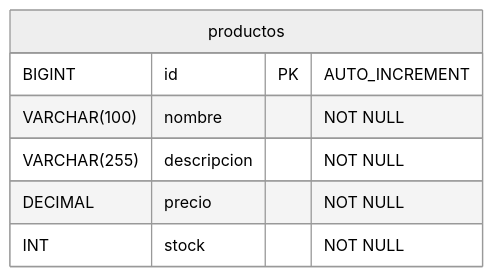
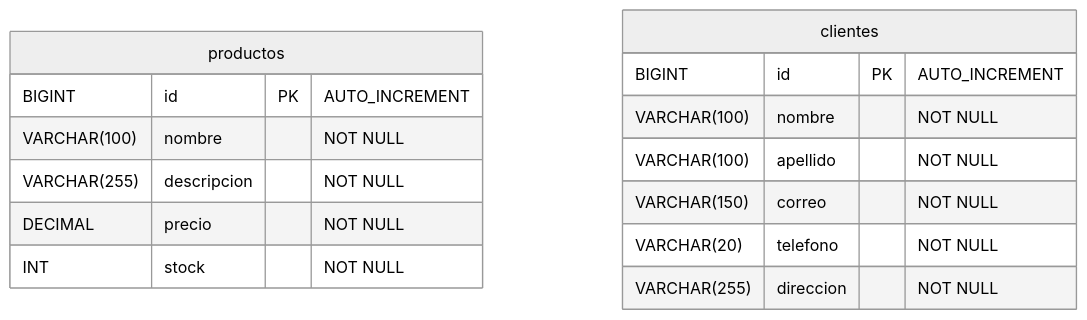
Before and after one commit to brigitterodriguezp/productos-spring: the third of 3 diagrams in README.md, drawn with Mermaid (neutral theme). The commit also changed other lines of this file and 11 other files, not shown here.

````diff
--- a/README.md
+++ b/README.md
@@ -78,10 +100,18 @@
 ```mermaid
 erDiagram
     productos {
         BIGINT id PK "AUTO_INCREMENT"
         VARCHAR(100) nombre "NOT NULL"
         VARCHAR(255) descripcion "NOT NULL"
         DECIMAL precio "NOT NULL"
         INT stock "NOT NULL"
     }
+    clientes {
+        BIGINT id PK "AUTO_INCREMENT"
+        VARCHAR(100) nombre "NOT NULL"
+        VARCHAR(100) apellido "NOT NULL"
+        VARCHAR(150) correo "NOT NULL"
+        VARCHAR(20) telefono "NOT NULL"
+        VARCHAR(255) direccion "NOT NULL"
+    }
 ```
````
